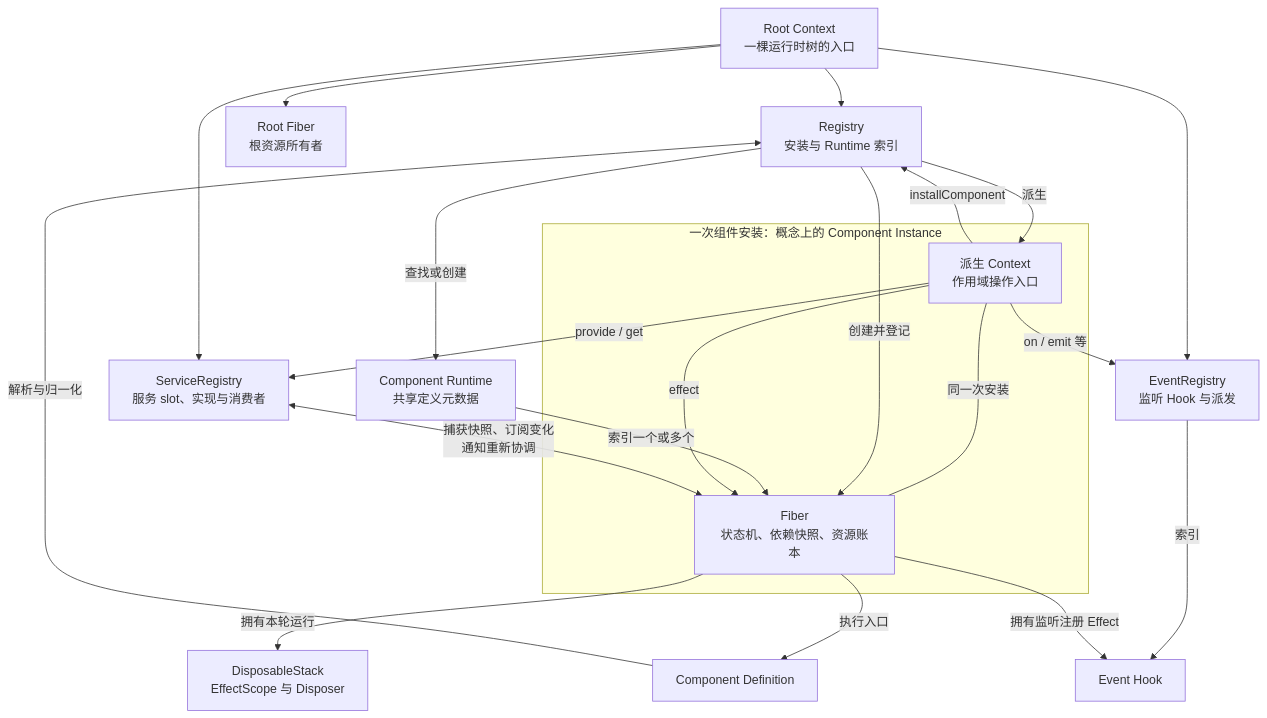
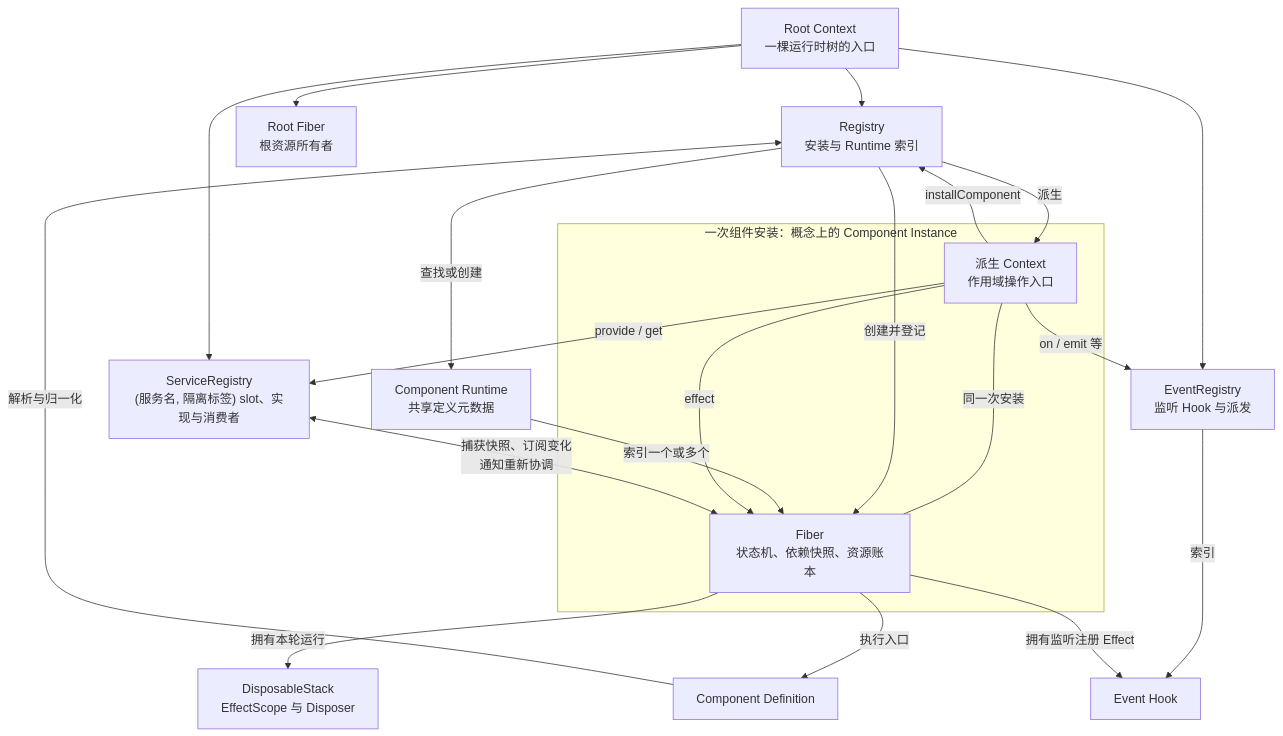
One commit to fanfan-de/NyaCore changed the second of 7 diagrams in docs/architecture.md. Above: the diagram before and after it, drawn with Mermaid. The commit also changed other lines of this file and 13 other files, not shown here.

````diff
--- a/docs/architecture.md
+++ b/docs/architecture.md
@@ -64,40 +64,40 @@
 ```mermaid
 flowchart TB
     Root["Root Context<br/>一棵运行时树的入口"]
     Registry["Registry<br/>安装与 Runtime 索引"]
-    Services["ServiceRegistry<br/>服务 slot、实现与消费者"]
+    Services["ServiceRegistry<br/>(服务名, 隔离标签) slot、实现与消费者"]
     Events["EventRegistry<br/>监听 Hook 与派发"]
     RootFiber["Root Fiber<br/>根资源所有者"]
 
     Root --> Registry
     Root --> Services
     Root --> Events
     Root --> RootFiber
 
     Definition["Component Definition"]
     Runtime["Component Runtime<br/>共享定义元数据"]
 
     Definition -->|"解析与归一化"| Registry
     Registry -->|"查找或创建"| Runtime
 
     subgraph Instance["一次组件安装：概念上的 Component Instance"]
         Context["派生 Context<br/>作用域操作入口"]
         Fiber["Fiber<br/>状态机、依赖快照、资源账本"]
         Context ---|"同一次安装"| Fiber
     end
 
     Registry -->|"派生"| Context
     Registry -->|"创建并登记"| Fiber
     Runtime -->|"索引一个或多个"| Fiber
 
     Context -->|"installComponent"| Registry
     Context -->|"effect"| Fiber
     Context -->|"provide / get"| Services
     Context -->|"on / emit 等"| Events
 
     Services <-->|"捕获快照、订阅变化<br/>通知重新协调"| Fiber
     Fiber -->|"执行入口"| Definition
     Fiber -->|"拥有本轮运行"| Effects["DisposableStack<br/>EffectScope 与 Disposer"]
     Events -->|"索引"| Hook["Event Hook"]
     Fiber -->|"拥有监听注册 Effect"| Hook
 ```
````
